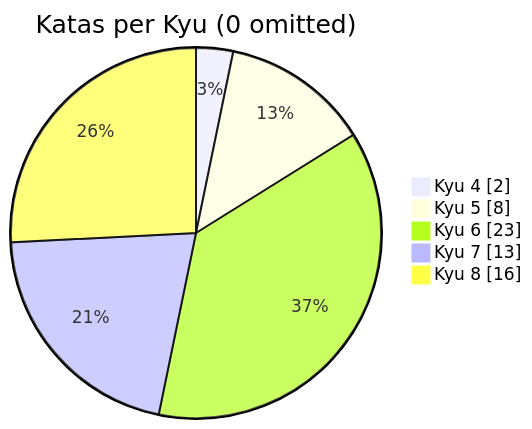
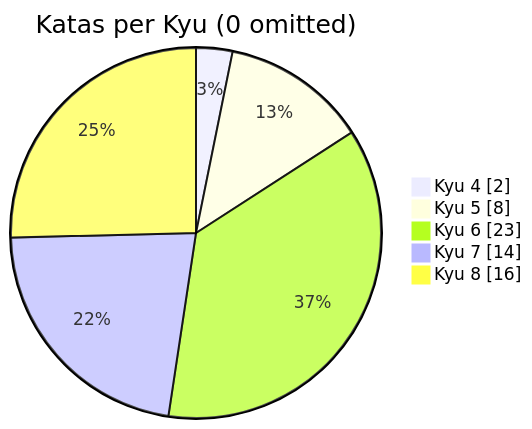
One commit to MauricioLudwig/codewars-typescript changed the diagram in README.md. Above: the diagram before and after it, drawn with Mermaid. The commit also changed other lines of this file, not shown here.

````diff
--- a/README.md
+++ b/README.md
@@ -20,9 +20,9 @@
 ```mermaid
 pie showData
     title Katas per Kyu (0 omitted)
 	"Kyu 4": 2
 	"Kyu 5": 8
 	"Kyu 6": 23
-	"Kyu 7": 13
+	"Kyu 7": 14
 	"Kyu 8": 16
 ```
````
